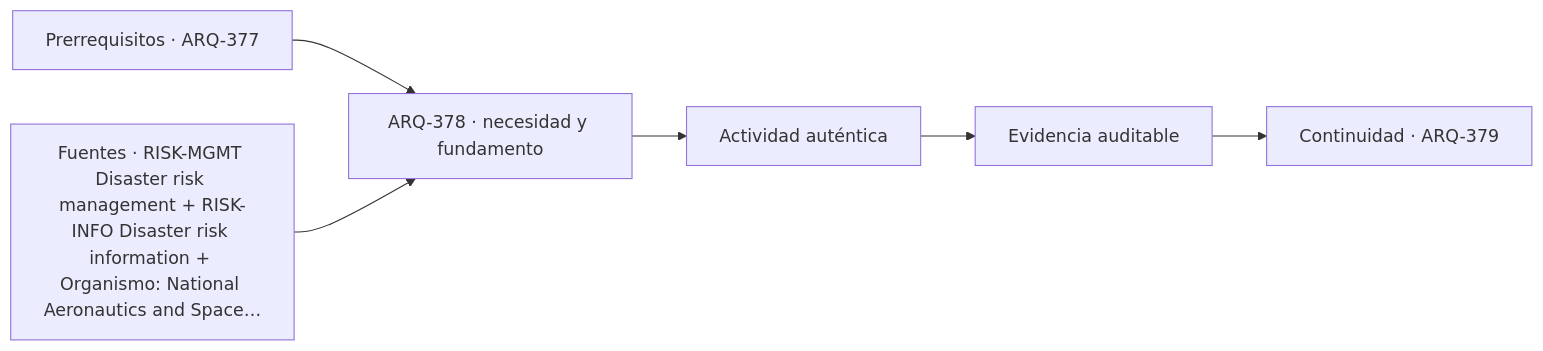
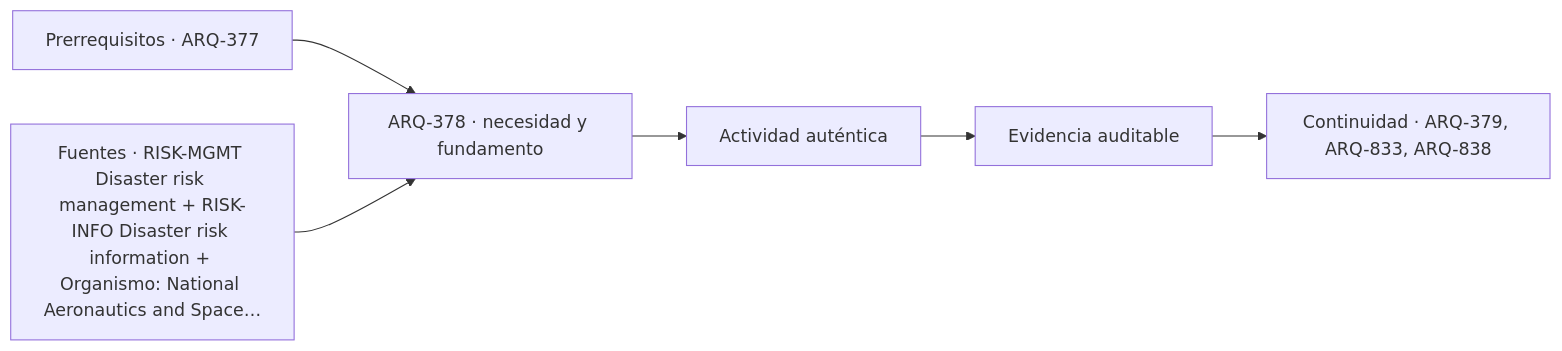
The diagram in classes/parte-38/ARQ-378.md (vladimiracunadev-create/architecture-built-environment-learning-program), drawn with Mermaid before and after one commit. The commit also changed other lines of this file and 182 other files, not shown here.

````diff
--- a/classes/parte-38/ARQ-378.md
+++ b/classes/parte-38/ARQ-378.md
@@ -113,8 +113,8 @@
 ```mermaid
 flowchart LR
     A["Prerrequisitos · ARQ-377"] --> B["ARQ-378 · necesidad y fundamento"]
     S["Fuentes · RISK-MGMT Disaster risk management + RISK-INFO Disaster risk information + Organismo: National Aeronautics and Space…"] --> B
     B --> C["Actividad auténtica"]
     C --> D["Evidencia auditable"]
-    D --> E["Continuidad · ARQ-379"]
+    D --> E["Continuidad · ARQ-379, ARQ-833, ARQ-838"]
 ```
````
